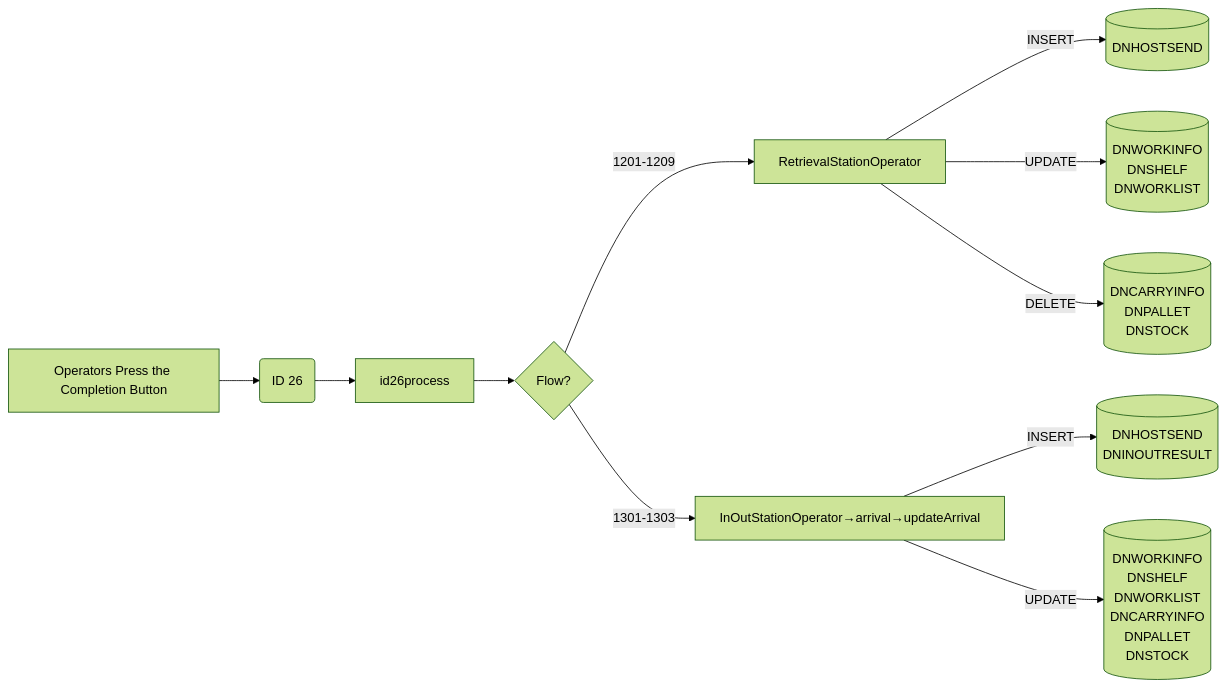
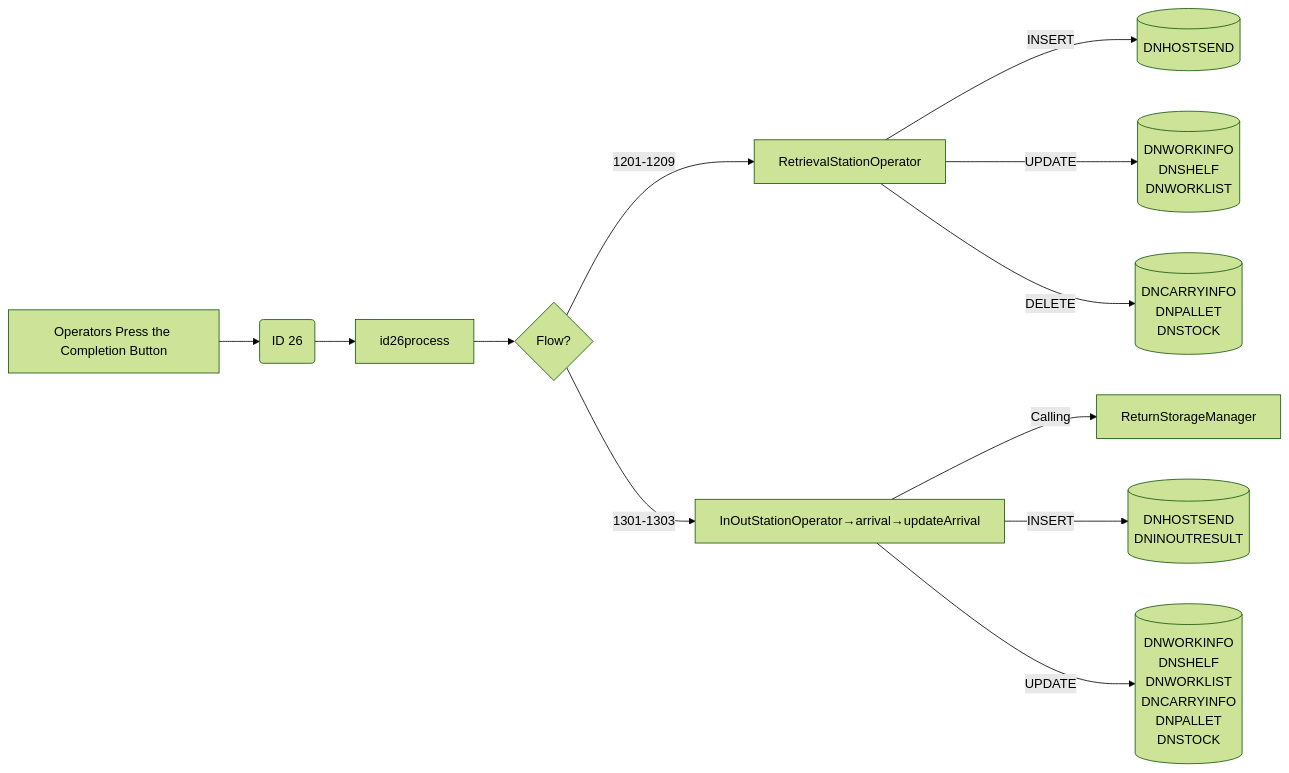
Diagram 19 of 19 in Basic-Design/DFD-WMS/Retrieval/Specific-Location-Retrieval-Setting.md (luthfiadityaa/SimeDarby-Wiki), drawn with Mermaid (forest theme) before and after one commit.

Commit message:
Updated Specific Location Retrieval Setting

```diff
--- a/Basic-Design/DFD-WMS/Retrieval/Specific-Location-Retrieval-Setting.md
+++ b/Basic-Design/DFD-WMS/Retrieval/Specific-Location-Retrieval-Setting.md
@@ -836,58 +836,59 @@
 ::: mermaid
 flowchart LR
 
 buttonclicked["
 Operators Press the Completion Button
 "]
 
 id26msg("
 ID 26
 ")
 
 
 id26-updateRt[("
 DNWORKINFO
 DNSHELF
 DNWORKLIST
 ")]
 
 id26-deleteRt[("
 DNCARRYINFO
 DNPALLET
 DNSTOCK
 ")]
 
 id26-insertRt[("
 DNHOSTSEND
 ")]
 
 id26-updateIo[("
 DNWORKINFO
 DNSHELF
 DNWORKLIST
 DNCARRYINFO
 DNPALLET
 DNSTOCK
 ")]
 
 id26-insertIo[("
 DNHOSTSEND
 DNINOUTRESULT
 ")]
 
 id26process[id26process]
 
 buttonclicked --> id26msg
 id26msg -->id26process-->Cond1{Flow?}
 
 RetrievalStationOperator--> |INSERT| id26-insertRt 
 RetrievalStationOperator--> |UPDATE| id26-updateRt 
 RetrievalStationOperator--> |DELETE| id26-deleteRt 
 
 Cond1{Flow?} --> |1201-1209| RetrievalStationOperator
 Cond1{Flow?} --> |1301-1303| P2[InOutStationOperator→arrival→updateArrival]
 
+P2 --> |Calling| P3[ReturnStorageManager]
 P2 --> |INSERT| id26-insertIo
 P2 --> |UPDATE| id26-updateIo
 
 :::
```
